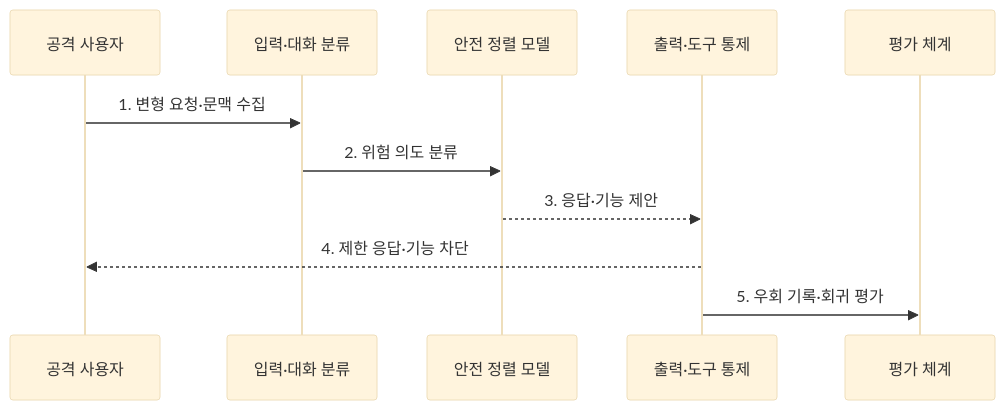
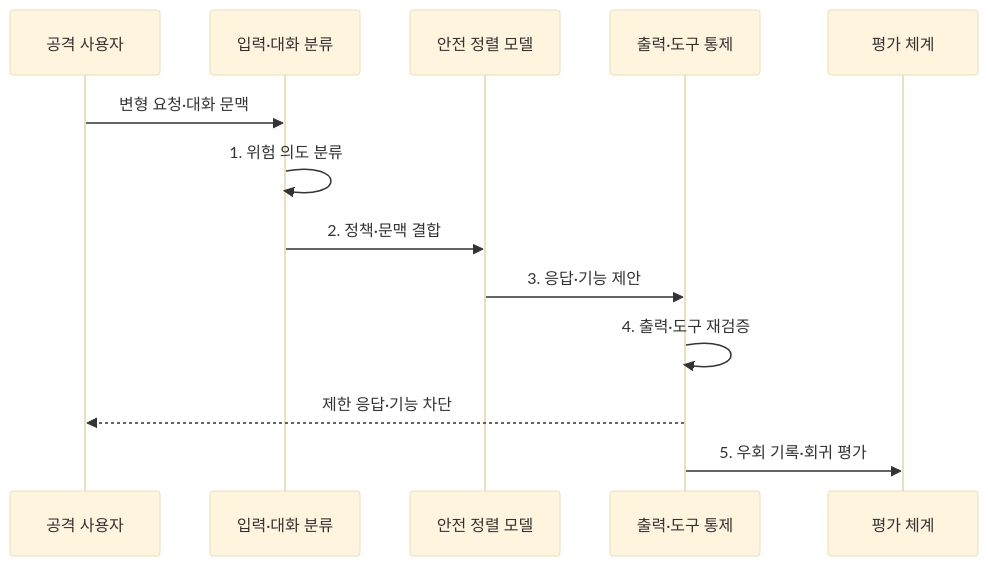
The second of 2 diagrams in src/content/docs/notes/05-security/081_jailbreak_attack.md (agnusdei1207/knowledge-base), drawn with Mermaid (base theme) before and after one commit. The commit also changed other lines of this file and 20 other files, not shown here.

````diff
--- a/src/content/docs/notes/05-security/081_jailbreak_attack.md
+++ b/src/content/docs/notes/05-security/081_jailbreak_attack.md
@@ -89,13 +91,15 @@
 ```mermaid
 sequenceDiagram
     participant U as 공격 사용자
     participant I as 입력·대화 분류
     participant M as 안전 정렬 모델
     participant O as 출력·도구 통제
     participant E as 평가 체계
-    U->>I: 1. 변형 요청·문맥 수집
-    I->>M: 2. 위험 의도 분류
-    M-->>O: 3. 응답·기능 제안
-    O-->>U: 4. 제한 응답·기능 차단
+    U->>I: 변형 요청·대화 문맥
+    I->>I: 1. 위험 의도 분류
+    I->>M: 2. 정책·문맥 결합
+    M->>O: 3. 응답·기능 제안
+    O->>O: 4. 출력·도구 재검증
+    O-->>U: 제한 응답·기능 차단
     O->>E: 5. 우회 기록·회귀 평가
 ```
````
